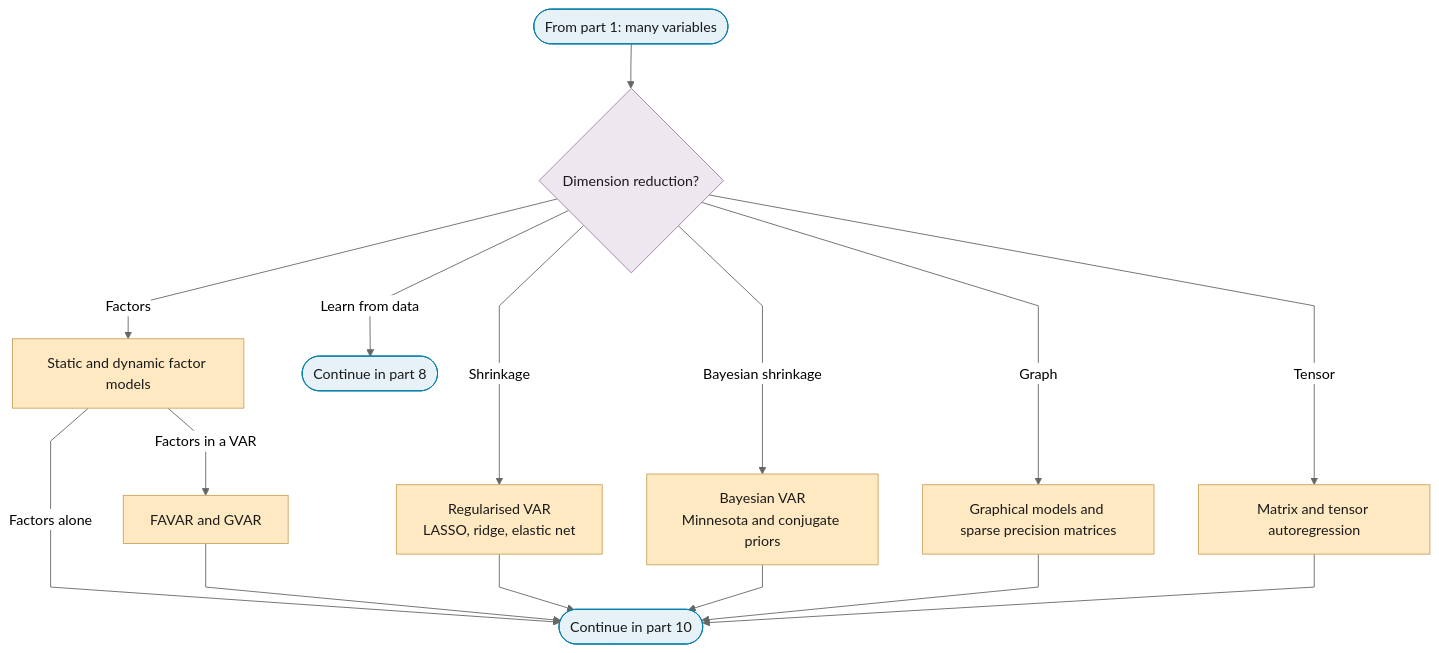
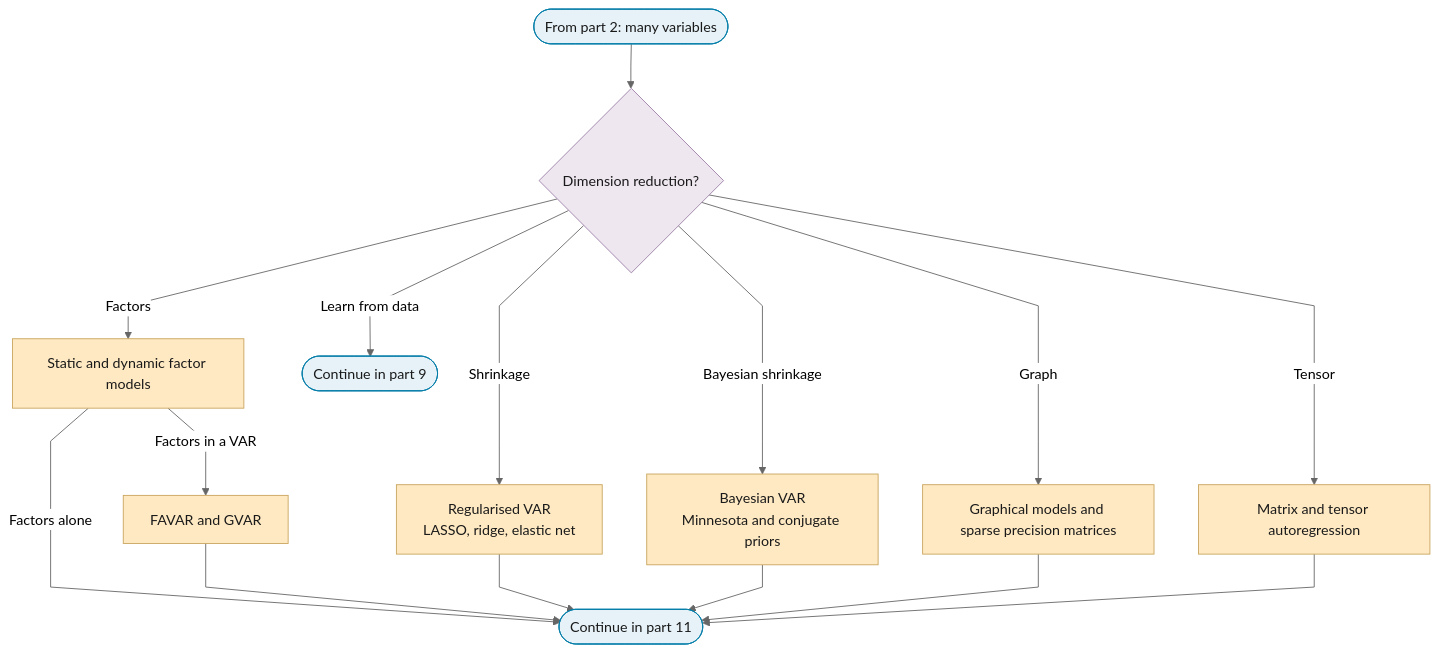
Before and after one commit to Shuxin-Y/time-series-analysis-manual: the fourth of 12 diagrams in docs/01-workflow/p06-mean-model-class.md, drawn with Mermaid (neutral theme). The commit also changed other lines of this file and 10 other files, not shown here.

````diff
--- a/docs/01-workflow/p06-mean-model-class.md
+++ b/docs/01-workflow/p06-mean-model-class.md
@@ -72,25 +97,25 @@
 ```mermaid
 %%{init: {"flowchart": {"curve": "linear"}}}%%
 graph TD
-    P6_PART_3_IN(["From part 1: many variables"]) --> P6_DIMENSION{"Dimension reduction?"}
+    P6_PART_4_IN(["From part 2: many variables"]) --> P6_DIMENSION{"Dimension reduction?"}
     P6_DIMENSION -->|"Factors"| P6_FACTOR_MODELS["Static and dynamic factor models"]
     P6_DIMENSION -->|"Shrinkage"| P6_REGULARISED_VAR["Regularised VAR<br/>LASSO, ridge, elastic net"]
     P6_DIMENSION -->|"Bayesian shrinkage"| P6_BVAR["Bayesian VAR<br/>Minnesota and conjugate priors"]
     P6_DIMENSION -->|"Graph"| P6_GRAPHICAL_MODELS["Graphical models and sparse precision matrices"]
     P6_DIMENSION -->|"Tensor"| P6_TENSOR_AR["Matrix and tensor autoregression"]
-    P6_DIMENSION -->|"Learn from data"| P6_PART_3_TO_PART_8(["Continue in part 8"])
+    P6_DIMENSION -->|"Learn from data"| P6_PART_4_TO_PART_9(["Continue in part 9"])
     P6_FACTOR_MODELS -->|"Factors in a VAR"| P6_FAVAR["FAVAR and GVAR"]
-    P6_FACTOR_MODELS -->|"Factors alone"| P6_PART_3_OUT
-    P6_FAVAR & P6_REGULARISED_VAR & P6_BVAR & P6_GRAPHICAL_MODELS & P6_TENSOR_AR --> P6_PART_3_OUT(["Continue in part 10"])
+    P6_FACTOR_MODELS -->|"Factors alone"| P6_PART_4_OUT
+    P6_FAVAR & P6_REGULARISED_VAR & P6_BVAR & P6_GRAPHICAL_MODELS & P6_TENSOR_AR --> P6_PART_4_OUT(["Continue in part 11"])
     class P6_FACTOR_MODELS,P6_REGULARISED_VAR,P6_BVAR,P6_GRAPHICAL_MODELS,P6_TENSOR_AR,P6_FAVAR escalate
-    class P6_PART_3_IN,P6_PART_3_TO_PART_8,P6_PART_3_OUT terminator
+    class P6_PART_4_IN,P6_PART_4_TO_PART_9,P6_PART_4_OUT terminator
     class P6_DIMENSION decision
     classDef terminator fill:#E6F2F7,stroke:#007BA7,color:#1A1A1A;
     classDef process fill:#FFFFFF,stroke:#5A6B73,color:#1A1A1A;
     classDef decision fill:#EFE7F0,stroke:#9B7FA7,color:#1A1A1A;
     classDef data fill:#FFF4E0,stroke:#C9A55E,color:#1A1A1A;
     classDef good fill:#DCEFD8,stroke:#4A7A3F,color:#1A1A1A;
     classDef escalate fill:#FFE9C2,stroke:#C9A55E,color:#1A1A1A;
     classDef problem fill:#F2D9DE,stroke:#800020,color:#1A1A1A;
     classDef ref fill:#F7F7F7,stroke:#5A6B73,color:#1A1A1A,stroke-dasharray:4 3;
 ```
````
